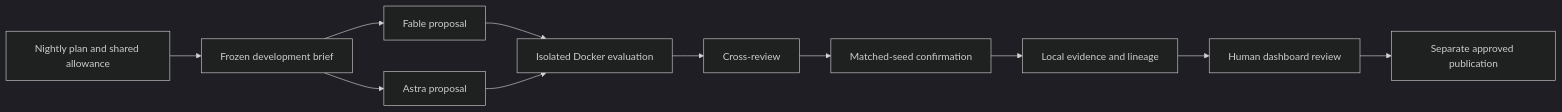
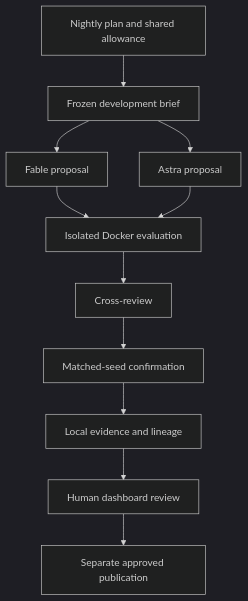
The diagram in README.md (ucsandman/discovery-loop), drawn with Mermaid (dark theme) before and after one commit. The commit also changed 1 other file, not shown here.

Commit message:
Codex: [DOCS] improve architecture diagram readability

````diff
--- a/README.md
+++ b/README.md
@@ -91,13 +91,13 @@
 ```mermaid
-flowchart LR
+flowchart TD
     N[Nightly plan and shared allowance] --> B[Frozen development brief]
     B --> F[Fable proposal]
     B --> A[Astra proposal]
     F --> W[Isolated Docker evaluation]
     A --> W
     W --> R[Cross-review]
     R --> C[Matched-seed confirmation]
     C --> E[Local evidence and lineage]
     E --> H[Human dashboard review]
     H --> P[Separate approved publication]
 ```
````
